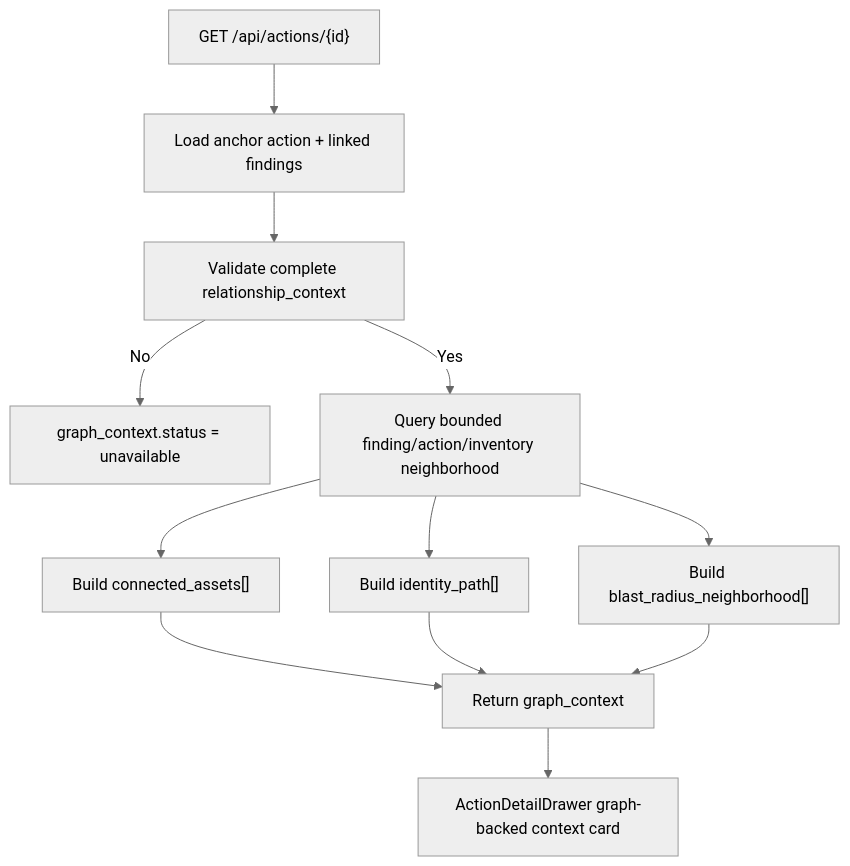
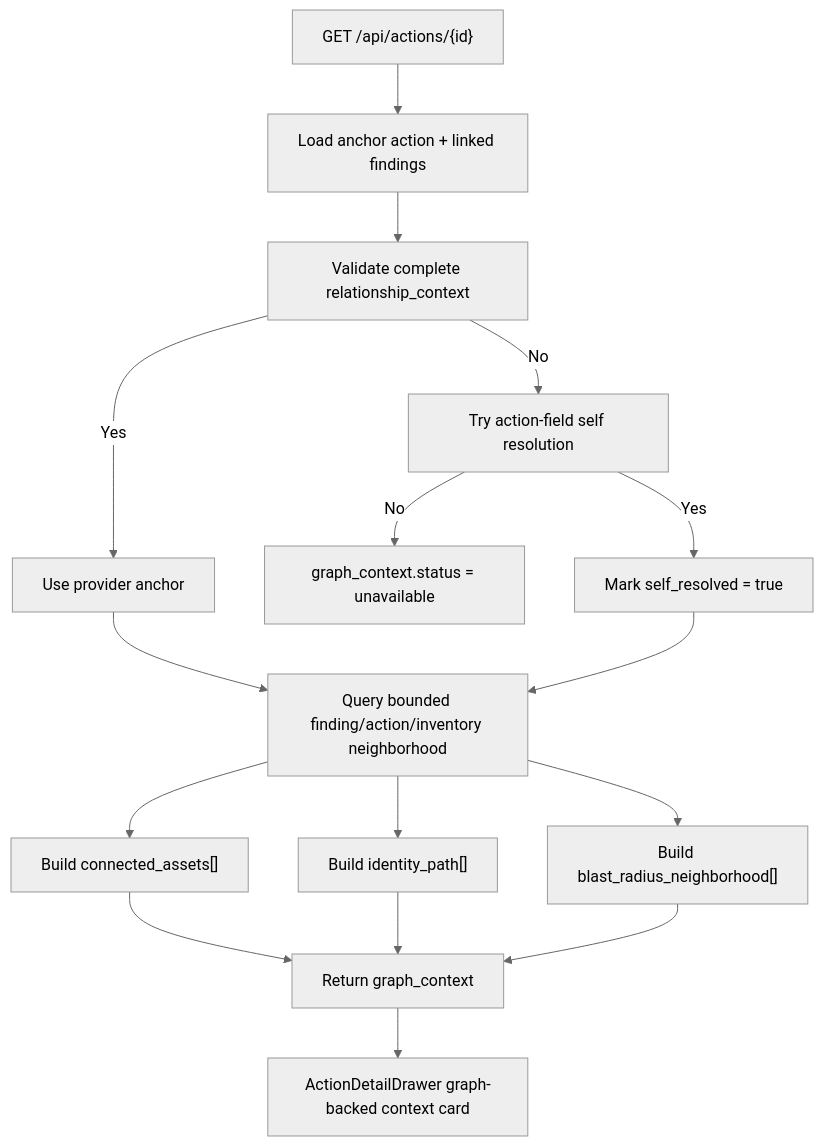
Before and after one commit to marcoIbrahim0/awsautopilot: the diagram in docs/features/graph-backed-action-context.md, drawn with Mermaid (neutral theme). The commit also changed other lines of this file and 30 other files, not shown here.

Commit message:
Update action detail surfaces and lock remediation profile baselines

````diff
--- a/docs/features/graph-backed-action-context.md
+++ b/docs/features/graph-backed-action-context.md
@@ -96,14 +108,18 @@
 ```mermaid
 flowchart TD
     A["GET /api/actions/{id}"] --> B["Load anchor action + linked findings"]
     B --> C["Validate complete relationship_context"]
-    C -->|No| D["graph_context.status = unavailable"]
-    C -->|Yes| E["Query bounded finding/action/inventory neighborhood"]
-    E --> F["Build connected_assets[]"]
-    E --> G["Build identity_path[]"]
-    E --> H["Build blast_radius_neighborhood[]"]
-    F --> I["Return graph_context"]
-    G --> I
-    H --> I
-    I --> J["ActionDetailDrawer graph-backed context card"]
+    C -->|Yes| D["Use provider anchor"]
+    C -->|No| E["Try action-field self resolution"]
+    E -->|No| F["graph_context.status = unavailable"]
+    E -->|Yes| G["Mark self_resolved = true"]
+    D --> H["Query bounded finding/action/inventory neighborhood"]
+    G --> H
+    H --> I["Build connected_assets[]"]
+    H --> J["Build identity_path[]"]
+    H --> K["Build blast_radius_neighborhood[]"]
+    I --> L["Return graph_context"]
+    J --> L
+    K --> L
+    L --> M["ActionDetailDrawer graph-backed context card"]
 ```
````
